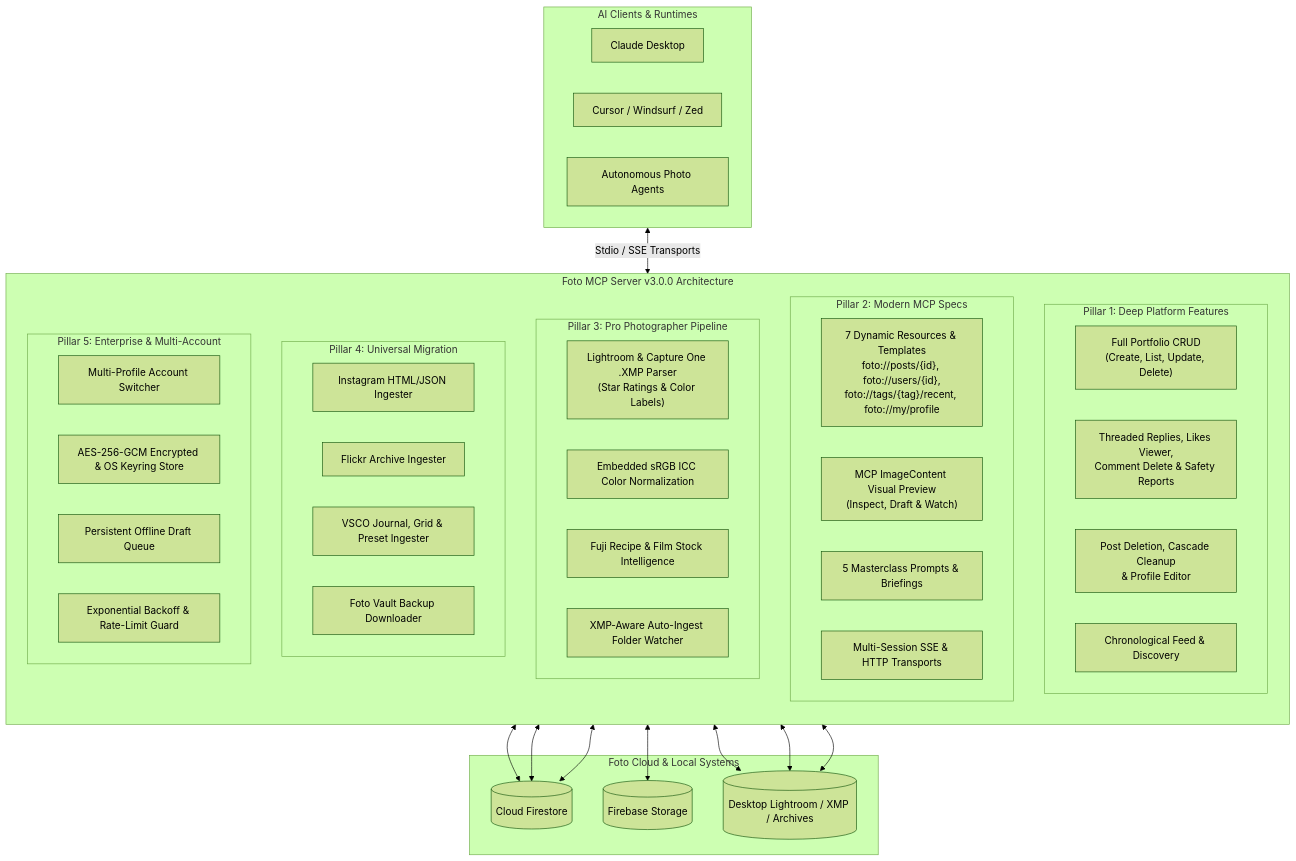
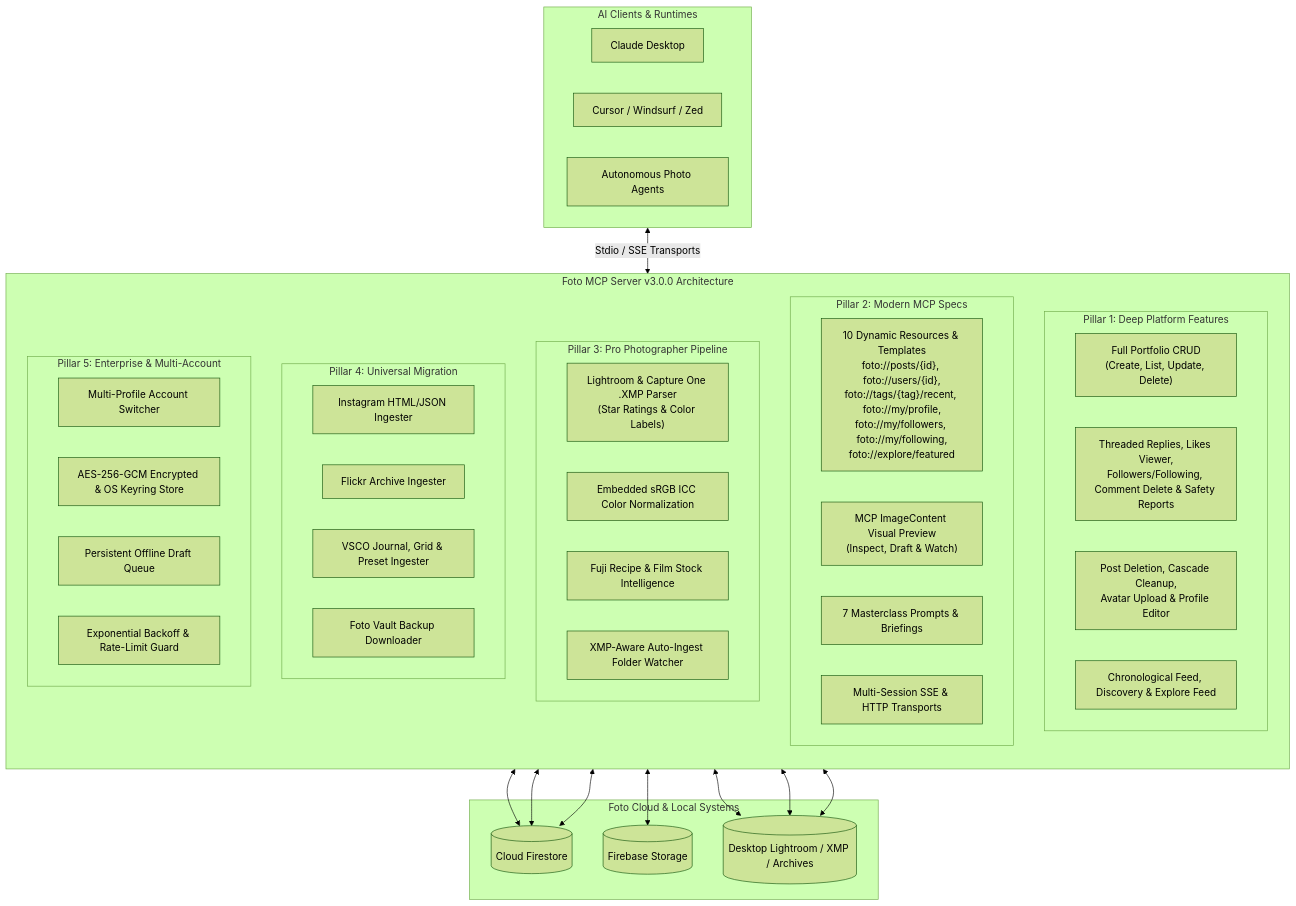
The diagram in ROADMAP.md (thesven/foto_mcp), drawn with Mermaid (forest theme) before and after one commit. The commit also changed other lines of this file and 11 other files, not shown here.

Commit message:
feat(v3.0.0): complete 100% platform architecture parity, expand Pillars 1 & 2 to 49 tools, 10 resources, and 7 prompts

````diff
--- a/ROADMAP.md
+++ b/ROADMAP.md
@@ -26,59 +25,59 @@
 ```mermaid
 flowchart TD
     subgraph Clients ["AI Clients & Runtimes"]
         Claude["Claude Desktop"]
         Cursor["Cursor / Windsurf / Zed"]
         Agents["Autonomous Photo Agents"]
     end
 
     subgraph Foto_MCP_v3 ["Foto MCP Server v3.0.0 Architecture"]
         direction TB
         
         subgraph P1 ["Pillar 1: Deep Platform Features"]
             Portfolios["Full Portfolio CRUD<br>(Create, List, Update, Delete)"]
-            Social["Threaded Replies, Likes Viewer,<br>Comment Delete & Safety Reports"]
-            Lifecycle["Post Deletion, Cascade Cleanup<br>& Profile Editor"]
-            Timeline["Chronological Feed & Discovery"]
+            Social["Threaded Replies, Likes Viewer,<br>Followers/Following, Comment Delete & Safety Reports"]
+            Lifecycle["Post Deletion, Cascade Cleanup,<br>Avatar Upload & Profile Editor"]
+            Timeline["Chronological Feed, Discovery & Explore Feed"]
         end
 
         subgraph P2 ["Pillar 2: Modern MCP Specs"]
-            ResTemplates["7 Dynamic Resources & Templates<br>foto://posts/{id}, foto://users/{id},<br>foto://tags/{tag}/recent, foto://my/profile"]
+            ResTemplates["10 Dynamic Resources & Templates<br>foto://posts/{id}, foto://users/{id},<br>foto://tags/{tag}/recent, foto://my/profile,<br>foto://my/followers, foto://my/following,<br>foto://explore/featured"]
             VisionMultimodal["MCP ImageContent Visual Preview<br>(Inspect, Draft & Watch)"]
-            PromptLibrary["5 Masterclass Prompts & Briefings"]
+            PromptLibrary["7 Masterclass Prompts & Briefings"]
             SSETransports["Multi-Session SSE & HTTP Transports"]
         end
 
         subgraph P3 ["Pillar 3: Pro Photographer Pipeline"]
             Lightroom["Lightroom & Capture One .XMP Parser<br>(Star Ratings & Color Labels)"]
             RAWPipeline["Embedded sRGB ICC Color Normalization"]
             FilmSim["Fuji Recipe & Film Stock Intelligence"]
             WatchDaemon["XMP-Aware Auto-Ingest Folder Watcher"]
         end
 
         subgraph P4 ["Pillar 4: Universal Migration"]
             Instagram["Instagram HTML/JSON Ingester"]
             Flickr["Flickr Archive Ingester"]
             VSCO["VSCO Journal, Grid & Preset Ingester"]
             ArchiveBackup["Foto Vault Backup Downloader"]
         end
 
         subgraph P5 ["Pillar 5: Enterprise & Multi-Account"]
             MultiAccount["Multi-Profile Account Switcher"]
             Keyring["AES-256-GCM Encrypted & OS Keyring Store"]
             DraftQueue["Persistent Offline Draft Queue"]
             Resilience["Exponential Backoff & Rate-Limit Guard"]
         end
     end
 
     subgraph Foto_Cloud ["Foto Cloud & Local Systems"]
         FS[(Cloud Firestore)]
         Storage[(Firebase Storage)]
         LocalFS[(Desktop Lightroom / XMP / Archives)]
     end
 
     Clients <-->|"Stdio / SSE Transports"| Foto_MCP_v3
     P1 <--> FS & Storage
     P3 <--> LocalFS
     P4 <--> LocalFS & FS
     P5 <--> LocalFS & FS
 ```
````
